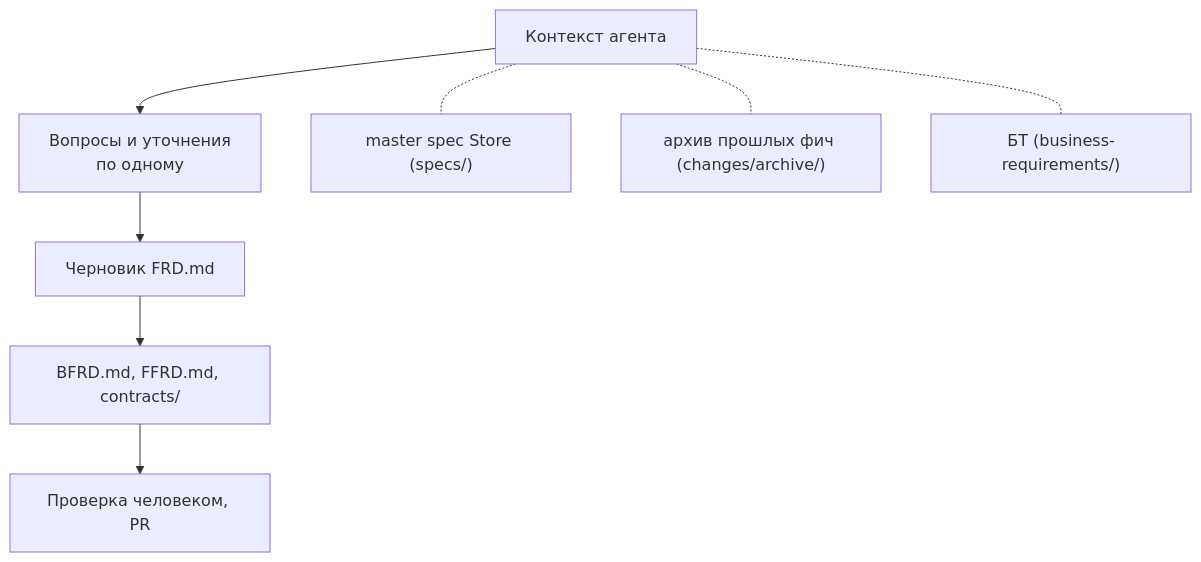
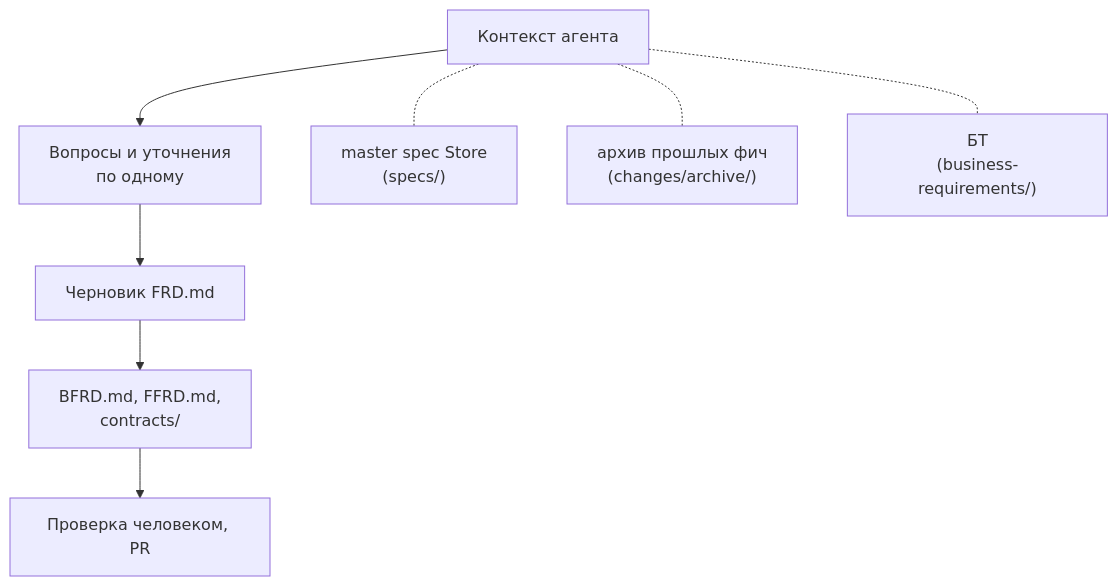
One commit to DanielUsov/SDD-Cookbook changed the first of 2 diagrams in OpenSpec/cases/Sber/06-Работа-с-Gigacode.md. Above: the diagram before and after it, drawn with Mermaid. The commit also changed other lines of this file and 21 other files, not shown here.

````diff
--- a/OpenSpec/cases/Sber/06-Работа-с-Gigacode.md
+++ b/OpenSpec/cases/Sber/06-Работа-с-Gigacode.md
@@ -9,10 +9,10 @@
 ```mermaid
 flowchart TB
     CTX["Контекст агента"] --> Q["Вопросы и уточнения<br/>по одному"]
     Q --> D["Черновик FRD.md"]
-    D --> P["BFRD.md, FFRD.md, contracts/"]
+    D --> P["BFRD.md, FFRD.md,<br/>contracts/"]
     P --> R["Проверка человеком, PR"]
-    CTX -.- C1["master spec Store (specs/)"]
-    CTX -.- C2["архив прошлых фич (changes/archive/)"]
-    CTX -.- C3["БТ (business-requirements/)"]
+    CTX -.- C1["master spec Store<br/>(specs/)"]
+    CTX -.- C2["архив прошлых фич<br/>(changes/archive/)"]
+    CTX -.- C3["БТ<br/>(business-requirements/)"]
 ```
````
